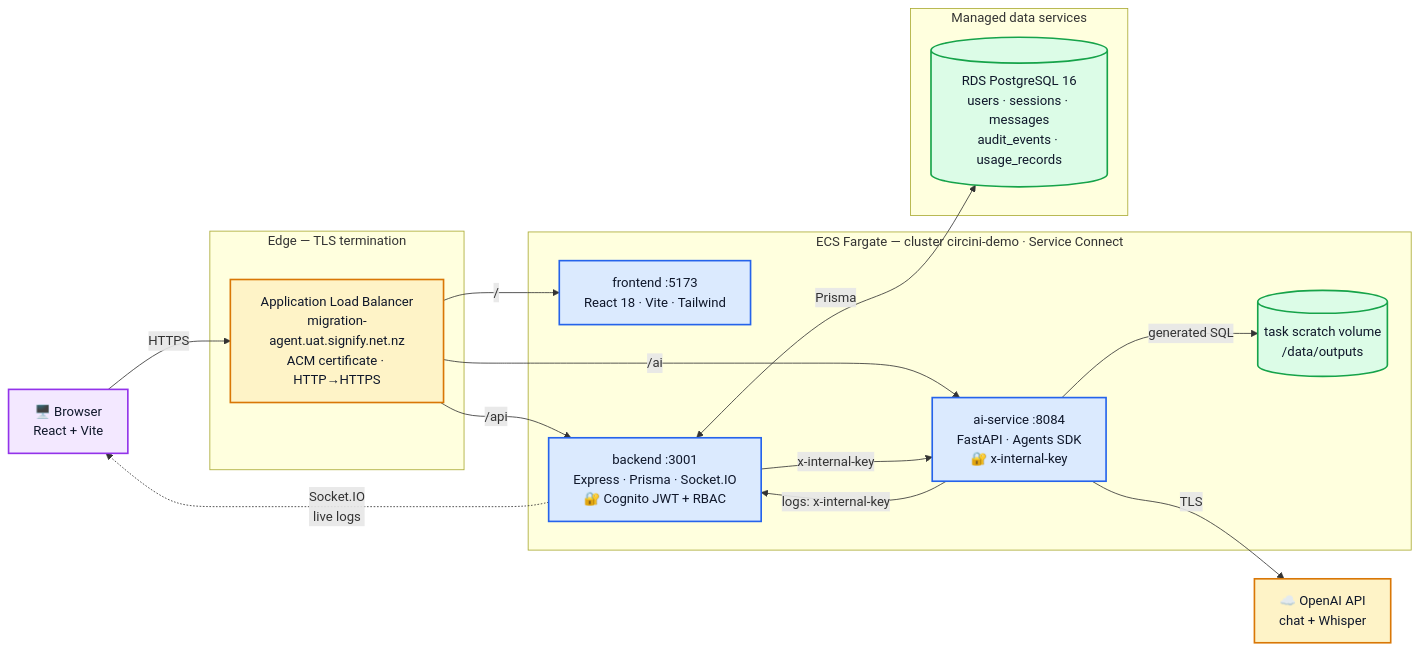
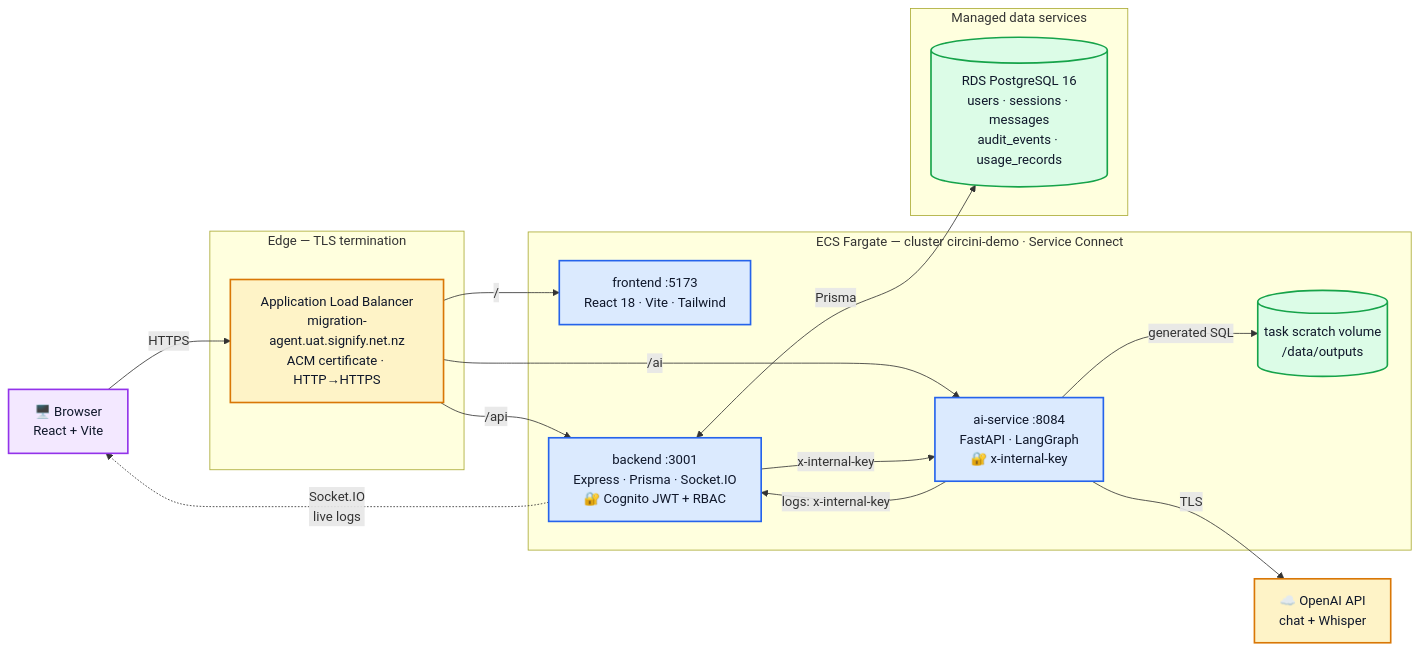
One commit to shankasf/small_migration changed the first of 4 diagrams in README.md. Above: the diagram before and after it, drawn with Mermaid. The commit also changed other lines of this file and 114 other files, not shown here.

````diff
--- a/README.md
+++ b/README.md
@@ -17,41 +17,41 @@
 ```mermaid
 flowchart LR
     U["🖥️ Browser<br/>React + Vite"]
 
     subgraph edge["Edge — TLS termination"]
         IG["Application Load Balancer<br/>migration-agent.uat.signify.net.nz<br/>ACM certificate · HTTP→HTTPS"]
     end
 
     subgraph cluster["ECS Fargate — cluster circini-demo · Service Connect"]
         FE["frontend :5173<br/>React 18 · Vite · Tailwind"]
         BE["backend :3001<br/>Express · Prisma · Socket.IO<br/>🔐 Cognito JWT + RBAC"]
-        AI["ai-service :8084<br/>FastAPI · Agents SDK<br/>🔐 x-internal-key"]
+        AI["ai-service :8084<br/>FastAPI · LangGraph<br/>🔐 x-internal-key"]
         PV[("task scratch volume<br/>/data/outputs")]
     end
 
     subgraph managed["Managed data services"]
         DB[("RDS PostgreSQL 16<br/>users · sessions · messages<br/>audit_events · usage_records")]
     end
 
     OAI["☁️ OpenAI API<br/>chat + Whisper"]
 
     U -- HTTPS --> IG
     IG -- "/" --> FE
     IG -- "/api" --> BE
     IG -- "/ai" --> AI
     BE <-- "Prisma" --> DB
     BE -- "x-internal-key" --> AI
     AI -- "logs: x-internal-key" --> BE
     BE -. "Socket.IO<br/>live logs" .-> U
     AI -- "generated SQL" --> PV
     AI -- "TLS" --> OAI
 
     classDef svc fill:#dbeafe,stroke:#2563eb,stroke-width:2px,color:#0f172a
     classDef data fill:#dcfce7,stroke:#16a34a,stroke-width:2px,color:#0f172a
     classDef ext fill:#fef3c7,stroke:#d97706,stroke-width:2px,color:#0f172a
     classDef client fill:#f3e8ff,stroke:#9333ea,stroke-width:2px,color:#0f172a
     class FE,BE,AI svc
     class DB,PV data
     class OAI,IG ext
     class U client
 ```
````
